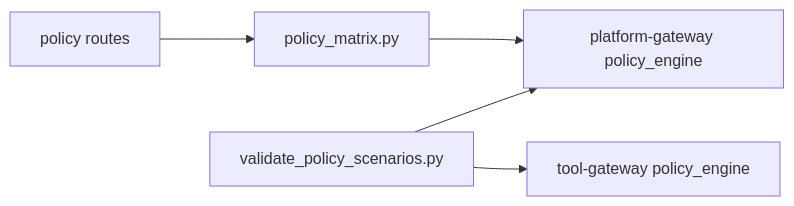
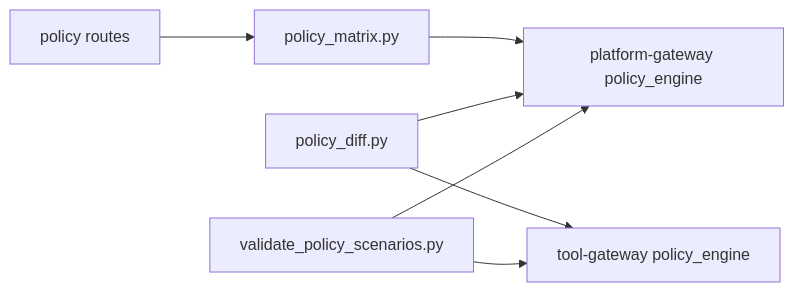
One commit to metasync/luban-aiops changed the ninth of 9 diagrams in .qoder/repowiki/en/content/Architecture Documentation/SPEC-048_ Policy Testing and Rollout Controls.md. Above: the diagram before and after it, drawn with Mermaid. The commit also changed other lines of this file and 35 other files, not shown here.

````diff
--- a/.qoder/repowiki/en/content/Architecture Documentation/SPEC-048_ Policy Testing and Rollout Controls.md
+++ b/.qoder/repowiki/en/content/Architecture Documentation/SPEC-048_ Policy Testing and Rollout Controls.md
@@ -262,7 +539,9 @@
 ```mermaid
 graph LR
 VSCN["validate_policy_scenarios.py"] --> PGE["platform-gateway policy_engine"]
 VSCN --> TGE["tool-gateway policy_engine"]
+PD["policy_diff.py"] --> PGE
+PD --> TGE
 PR["policy routes"] --> PM["policy_matrix.py"]
 PM --> PGE
 ```
````
